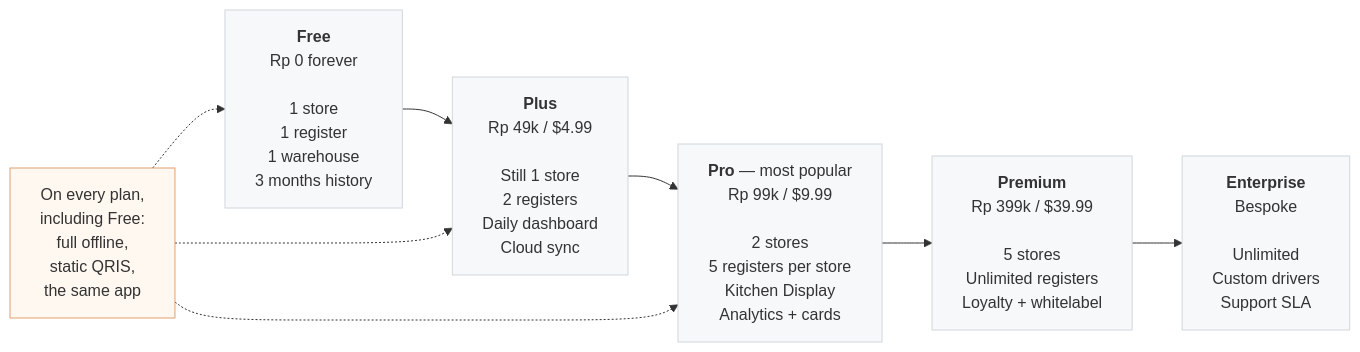
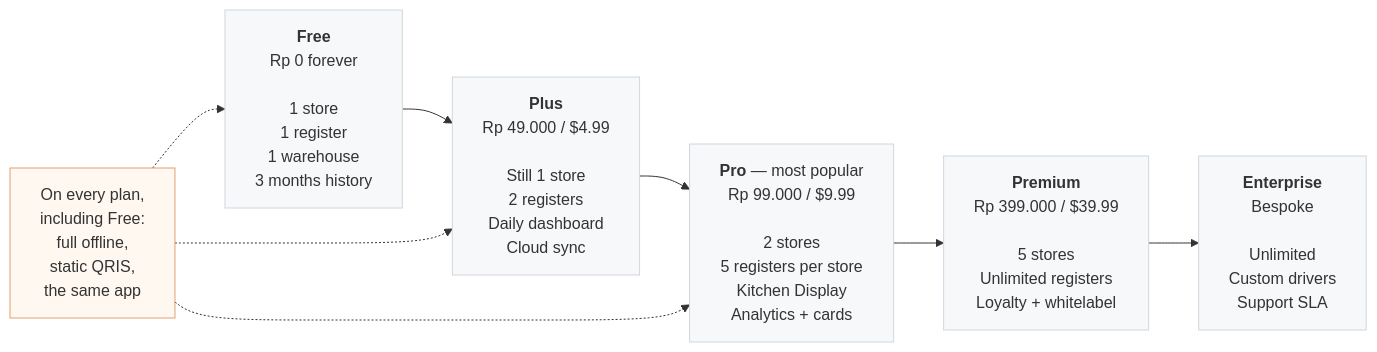
The second of 2 diagrams in README-2.md (kardelitaitu/kasirmu), drawn with Mermaid before and after one commit. The commit also changed other lines of this file and 1 other file, not shown here.

````diff
--- a/README-2.md
+++ b/README-2.md
@@ -109,21 +115,21 @@
 ```mermaid
 flowchart LR
     F["<b>Free</b><br/>Rp 0 forever<br/><br/>1 store<br/>1 register<br/>1 warehouse<br/>3 months history"]
-    PL["<b>Plus</b><br/>Rp 49k / $4.99<br/><br/>Still 1 store<br/>2 registers<br/>Daily dashboard<br/>Cloud sync"]
-    PR["<b>Pro</b> — most popular<br/>Rp 99k / $9.99<br/><br/>2 stores<br/>5 registers per store<br/>Kitchen Display<br/>Analytics + cards"]
-    PM["<b>Premium</b><br/>Rp 399k / $39.99<br/><br/>5 stores<br/>Unlimited registers<br/>Loyalty + whitelabel"]
+    PL["<b>Plus</b><br/>Rp 49.000 / $4.99<br/><br/>Still 1 store<br/>2 registers<br/>Daily dashboard<br/>Cloud sync"]
+    PR["<b>Pro</b> — most popular<br/>Rp 99.000 / $9.99<br/><br/>2 stores<br/>5 registers per store<br/>Kitchen Display<br/>Analytics + cards"]
+    PM["<b>Premium</b><br/>Rp 399.000 / $39.99<br/><br/>5 stores<br/>Unlimited registers<br/>Loyalty + whitelabel"]
     ET["<b>Enterprise</b><br/>Bespoke<br/><br/>Unlimited<br/>Custom drivers<br/>Support SLA"]
 
     F --> PL --> PR --> PM --> ET
 
     A["On every plan,<br/>including Free:<br/>full offline,<br/>static QRIS,<br/>the same app"] -.-> F
     A -.-> PL
     A -.-> PR
 
     style F fill:#f6f8fa,stroke:#d0d7de
     style PL fill:#f6f8fa,stroke:#d0d7de
     style PR fill:#f6f8fa,stroke:#d0d7de
     style PM fill:#f6f8fa,stroke:#d0d7de
     style ET fill:#f6f8fa,stroke:#d0d7de
     style A fill:#fff8f0,stroke:#e0a070
 ```
````
